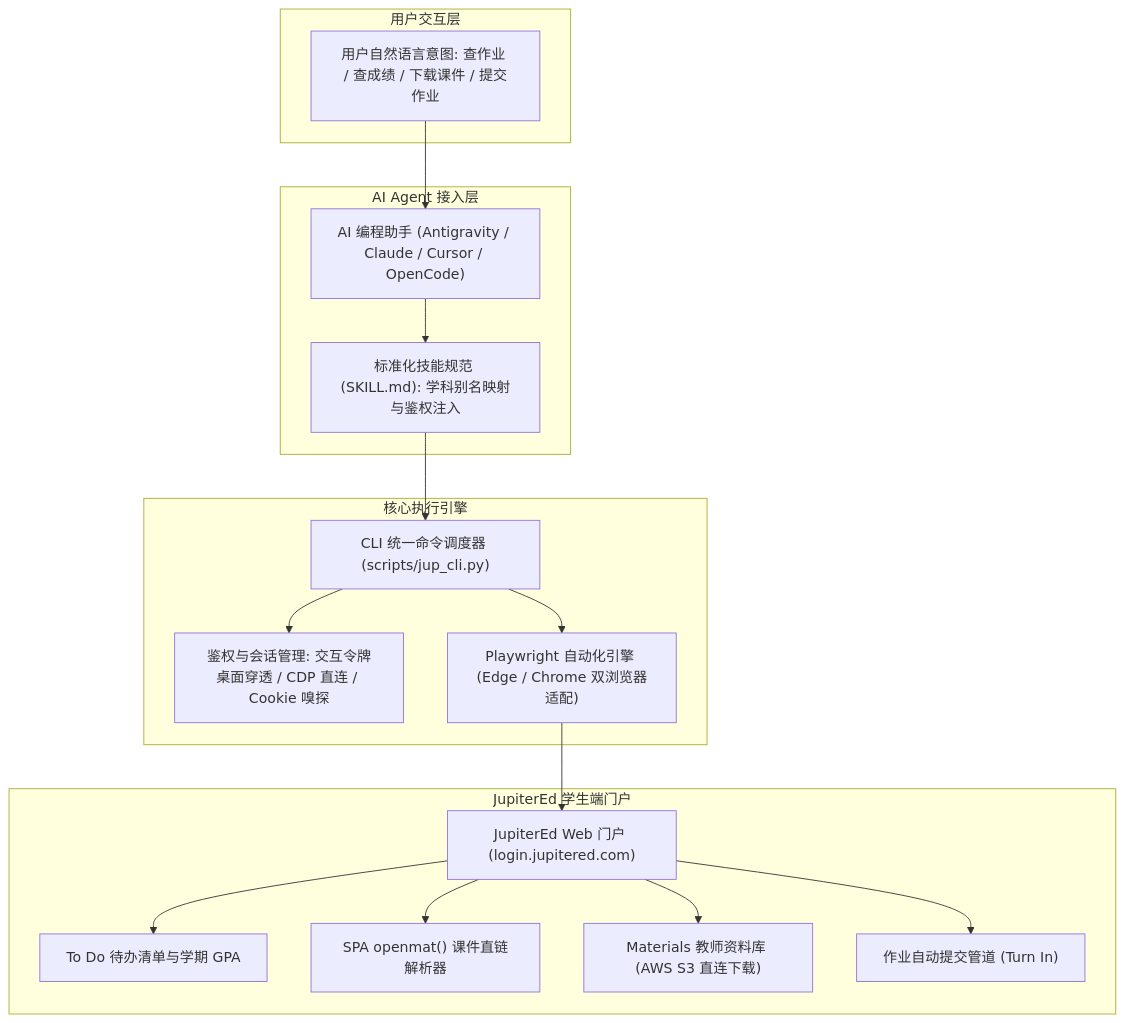
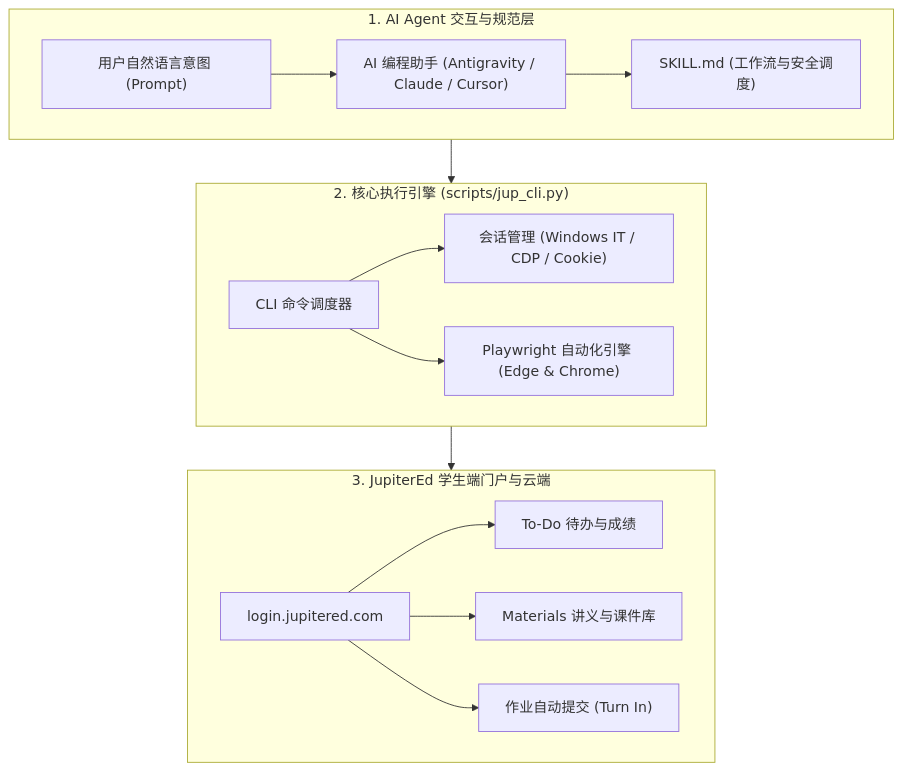
The diagram in README_zh.md (NMDX0721/jupitered-skills), drawn with Mermaid before and after one commit. The commit also changed 1 other file, not shown here.

Commit message:
docs: optimize Mermaid architecture diagram to balanced 3-tier layout

````diff
--- a/README_zh.md
+++ b/README_zh.md
@@ -58,37 +58,31 @@
 ```mermaid
 flowchart TD
-    subgraph UserSpace [用户交互层]
-        Prompt["用户自然语言意图: 查作业 / 查成绩 / 下载课件 / 提交作业"]
+    subgraph S1 ["1. AI Agent 交互与规范层"]
+        direction LR
+        Prompt["用户自然语言意图 (Prompt)"] --> Agent["AI 编程助手 (Antigravity / Claude / Cursor)"]
+        Agent --> Skill["SKILL.md (工作流与安全调度)"]
     end
 
-    subgraph AgentSpace [AI Agent 接入层]
-        Agent["AI 编程助手 (Antigravity / Claude / Cursor / OpenCode)"]
-        SkillInterface["标准化技能规范 (SKILL.md): 学科别名映射与鉴权注入"]
-        Agent --> SkillInterface
+    subgraph S2 ["2. 核心执行引擎 (scripts/jup_cli.py)"]
+        direction LR
+        CLI["CLI 命令调度器"]
+        Auth["会话管理 (Windows IT / CDP / Cookie)"]
+        Browser["Playwright 自动化引擎 (Edge & Chrome)"]
+        CLI --> Auth
+        CLI --> Browser
     end
 
-    subgraph CoreSpace [核心执行引擎]
-        CLI["CLI 统一命令调度器 (scripts/jup_cli.py)"]
-        AuthMgr["鉴权与会话管理: 交互令牌桌面穿透 / CDP 直连 / Cookie 嗅探"]
-        BrowserEngine["Playwright 自动化引擎 (Edge / Chrome 双浏览器适配)"]
-        CLI --> AuthMgr
-        CLI --> BrowserEngine
-    end
-
-    subgraph PortalSpace [JupiterEd 学生端门户]
-        Portal["JupiterEd Web 门户 (login.jupitered.com)"]
-        ToDo["To Do 待办清单与学期 GPA"]
-        OpenMat["SPA openmat() 课件直链解析器"]
-        Materials["Materials 教师资料库 (AWS S3 直连下载)"]
-        TurnIn["作业自动提交管道 (Turn In)"]
-
+    subgraph S3 ["3. JupiterEd 学生端门户与云端"]
+        direction LR
+        Portal["login.jupitered.com"]
+        ToDo["To-Do 待办与成绩"]
+        Mat["Materials 讲义与课件库"]
+        TurnIn["作业自动提交 (Turn In)"]
         Portal --> ToDo
-        Portal --> OpenMat
-        Portal --> Materials
+        Portal --> Mat
         Portal --> TurnIn
     end
 
-    Prompt --> Agent
-    SkillInterface --> CLI
-    BrowserEngine --> Portal
+    Skill --> CLI
+    Browser --> Portal
 ```
````
